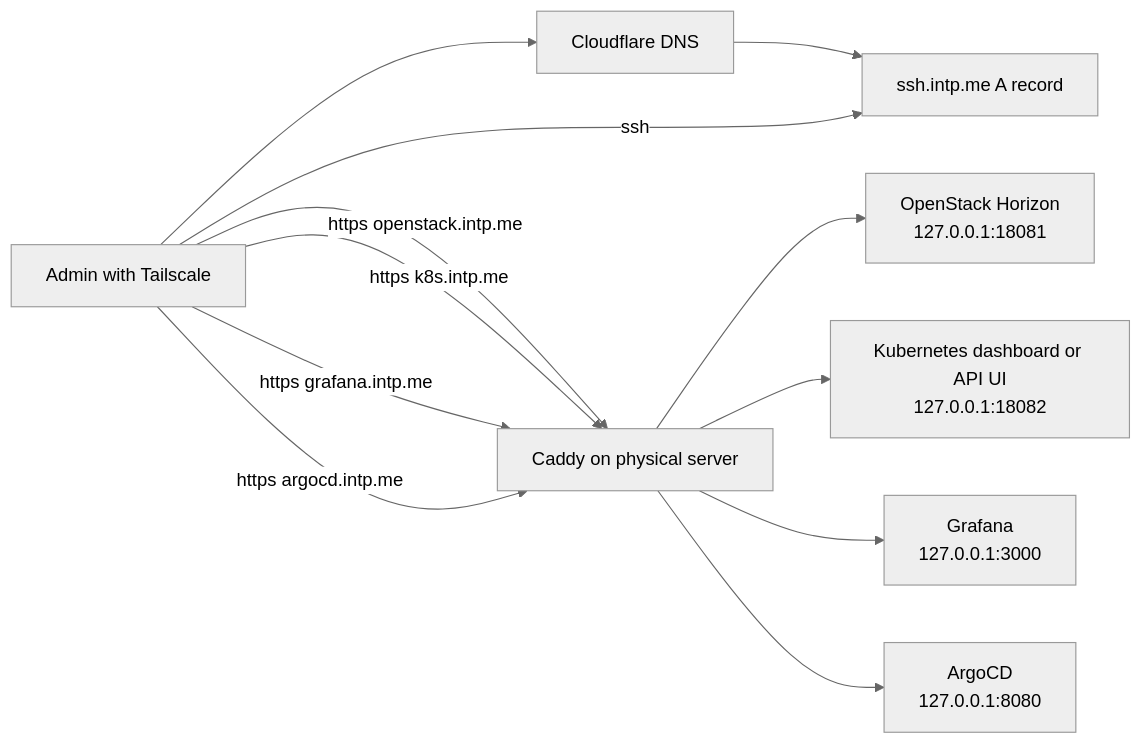
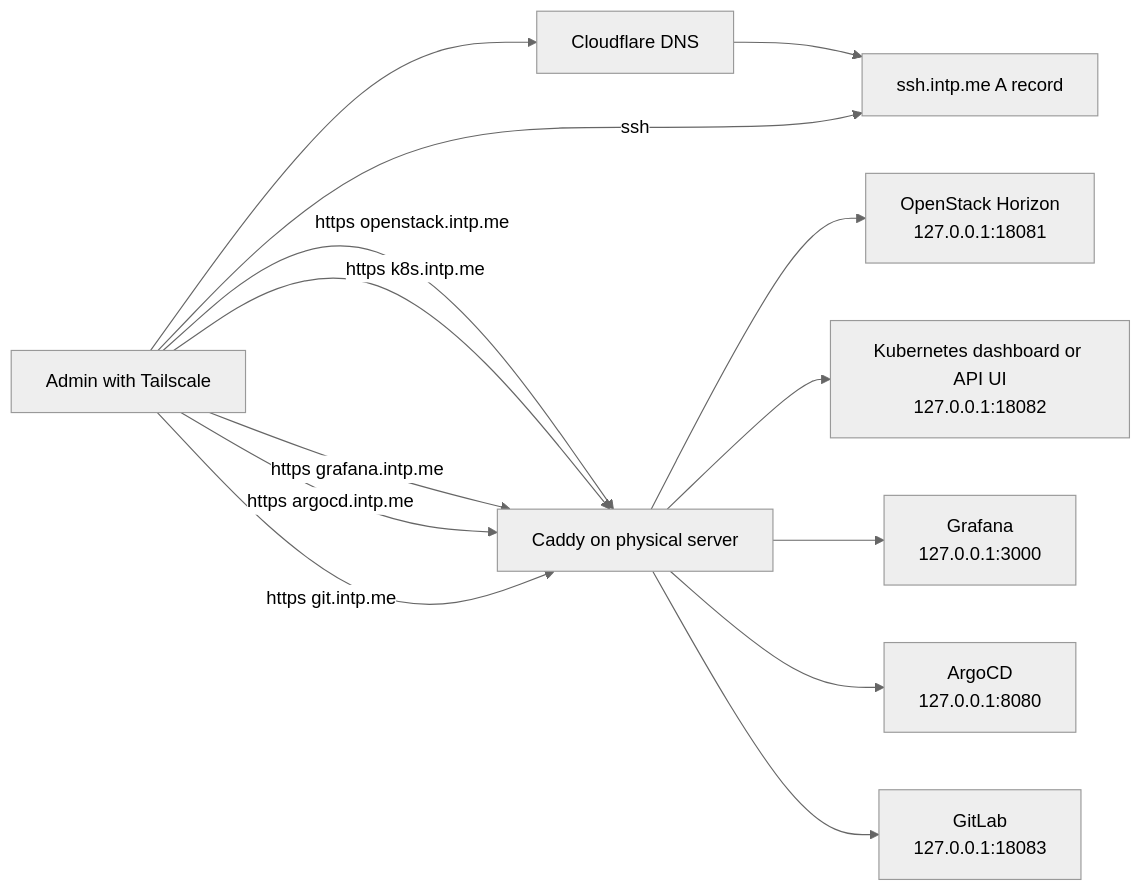
Before and after one commit to SGS-Strategy/hybrid-ai-serving-platform: the diagram in private/reverse-proxy/README.md, drawn with Mermaid (neutral theme). The commit also changed other lines of this file and 20 other files, not shown here.

Commit message:
Feat: Add private GitLab and GPU runner provisioning

````diff
--- a/private/reverse-proxy/README.md
+++ b/private/reverse-proxy/README.md
@@ -16,23 +16,26 @@
 ```mermaid
 flowchart LR
   Admin[Admin with Tailscale]
   DNS[Cloudflare DNS]
   SSH[ssh.intp.me A record]
   Caddy[Caddy on physical server]
   Horizon[OpenStack Horizon<br/>127.0.0.1:18081]
   K8S[Kubernetes dashboard or API UI<br/>127.0.0.1:18082]
   Grafana[Grafana<br/>127.0.0.1:3000]
   ArgoCD[ArgoCD<br/>127.0.0.1:8080]
+  GitLab[GitLab<br/>127.0.0.1:18083]
 
   Admin --> DNS
   DNS --> SSH
   Admin -->|ssh| SSH
   Admin -->|https openstack.intp.me| Caddy
   Admin -->|https k8s.intp.me| Caddy
   Admin -->|https grafana.intp.me| Caddy
   Admin -->|https argocd.intp.me| Caddy
+  Admin -->|https git.intp.me| Caddy
   Caddy --> Horizon
   Caddy --> K8S
   Caddy --> Grafana
   Caddy --> ArgoCD
+  Caddy --> GitLab
 ```
````
